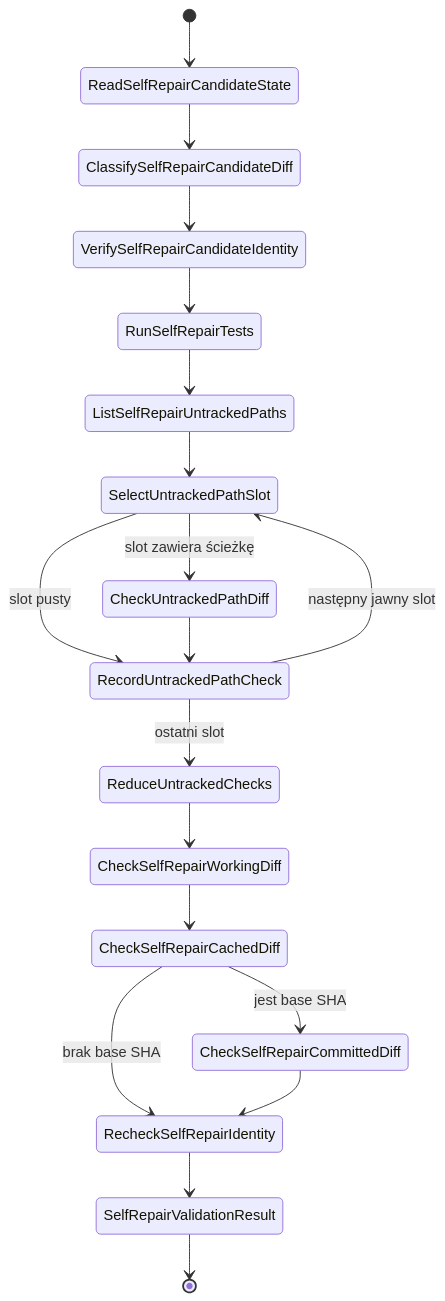
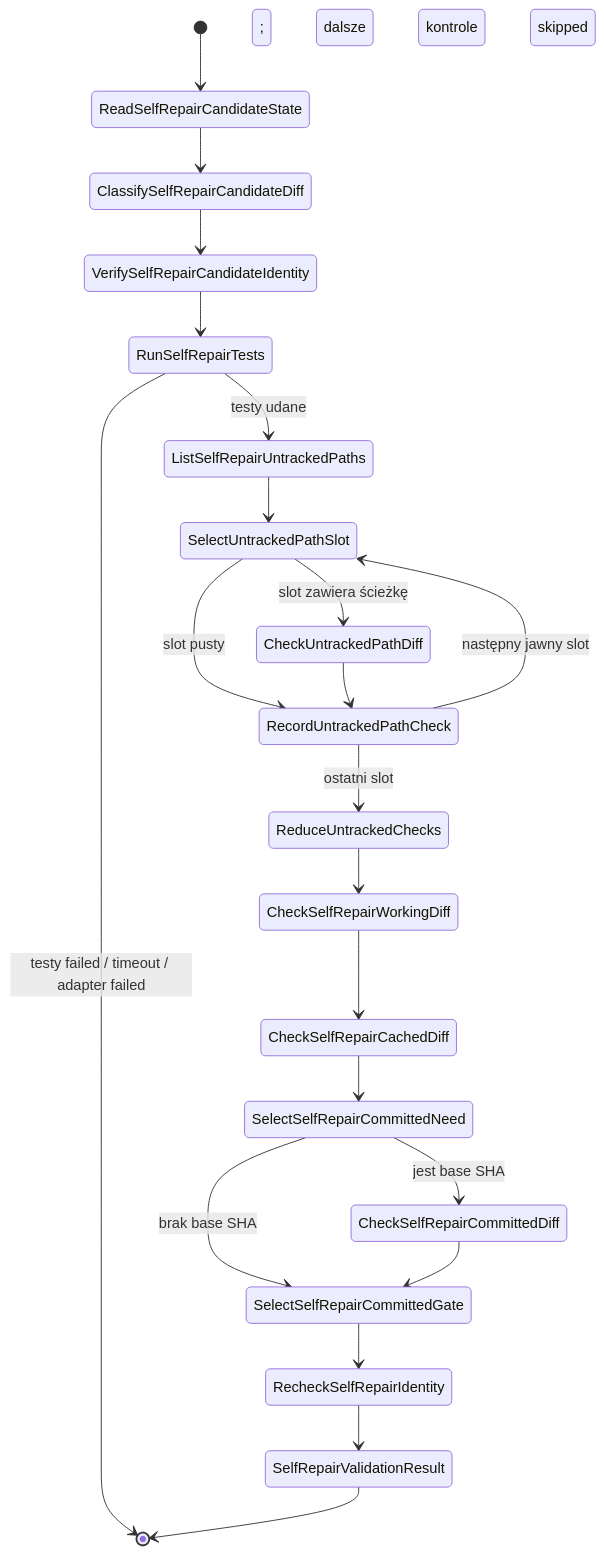
Diagram 29 of 53 in README.md (mikolaj92/lokay), drawn with Mermaid before and after one commit. The commit also changed other lines of this file and 63 other files, not shown here.

Commit message:
fix: restore delivery flow and bounded recovery across Fala graphs

````diff
--- a/README.md
+++ b/README.md
@@ -822,21 +826,24 @@
 ```mermaid
 stateDiagram-v2
     [*] --> ReadSelfRepairCandidateState
     ReadSelfRepairCandidateState --> ClassifySelfRepairCandidateDiff
     ClassifySelfRepairCandidateDiff --> VerifySelfRepairCandidateIdentity
     VerifySelfRepairCandidateIdentity --> RunSelfRepairTests
-    RunSelfRepairTests --> ListSelfRepairUntrackedPaths
+    RunSelfRepairTests --> ListSelfRepairUntrackedPaths: testy udane
+    RunSelfRepairTests --> [*]: testy failed / timeout / adapter failed; dalsze kontrole skipped
     ListSelfRepairUntrackedPaths --> SelectUntrackedPathSlot
     SelectUntrackedPathSlot --> CheckUntrackedPathDiff: slot zawiera ścieżkę
     SelectUntrackedPathSlot --> RecordUntrackedPathCheck: slot pusty
     CheckUntrackedPathDiff --> RecordUntrackedPathCheck
     RecordUntrackedPathCheck --> SelectUntrackedPathSlot: następny jawny slot
     RecordUntrackedPathCheck --> ReduceUntrackedChecks: ostatni slot
     ReduceUntrackedChecks --> CheckSelfRepairWorkingDiff
     CheckSelfRepairWorkingDiff --> CheckSelfRepairCachedDiff
-    CheckSelfRepairCachedDiff --> CheckSelfRepairCommittedDiff: jest base SHA
-    CheckSelfRepairCachedDiff --> RecheckSelfRepairIdentity: brak base SHA
-    CheckSelfRepairCommittedDiff --> RecheckSelfRepairIdentity
+    CheckSelfRepairCachedDiff --> SelectSelfRepairCommittedNeed
+    SelectSelfRepairCommittedNeed --> CheckSelfRepairCommittedDiff: jest base SHA
+    SelectSelfRepairCommittedNeed --> SelectSelfRepairCommittedGate: brak base SHA
+    CheckSelfRepairCommittedDiff --> SelectSelfRepairCommittedGate
+    SelectSelfRepairCommittedGate --> RecheckSelfRepairIdentity
     RecheckSelfRepairIdentity --> SelfRepairValidationResult
     SelfRepairValidationResult --> [*]
 ```
````
